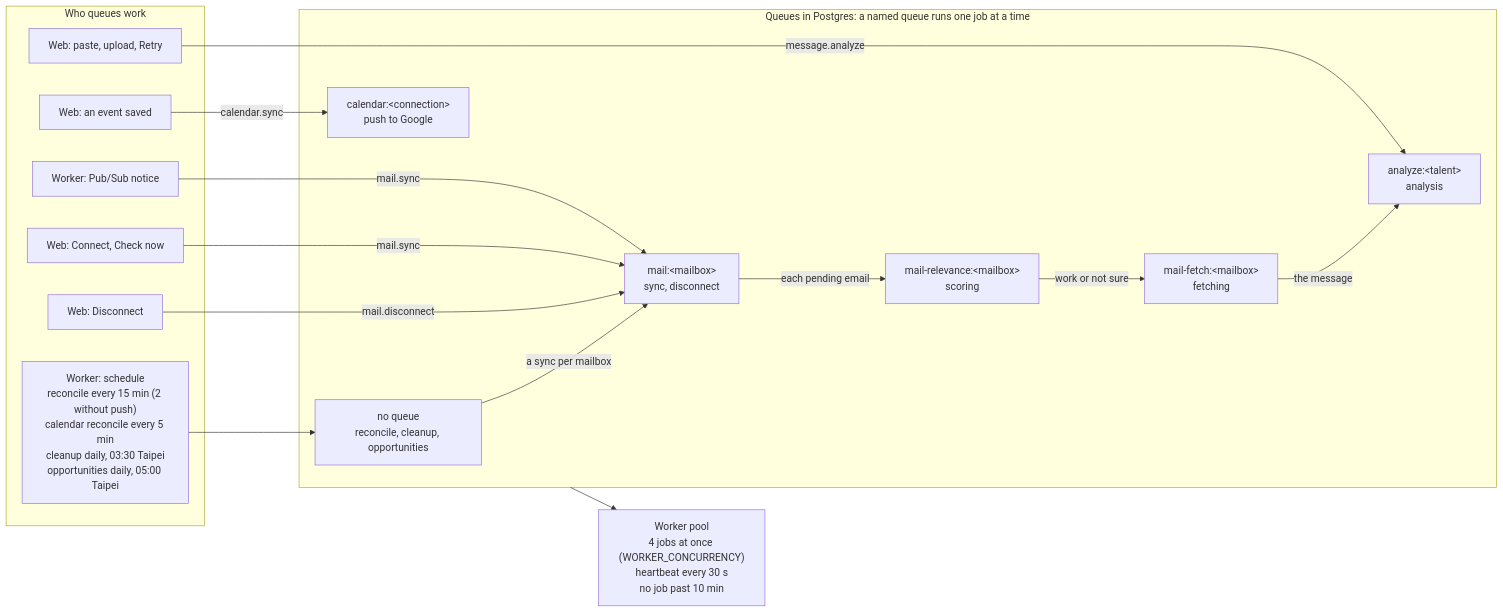
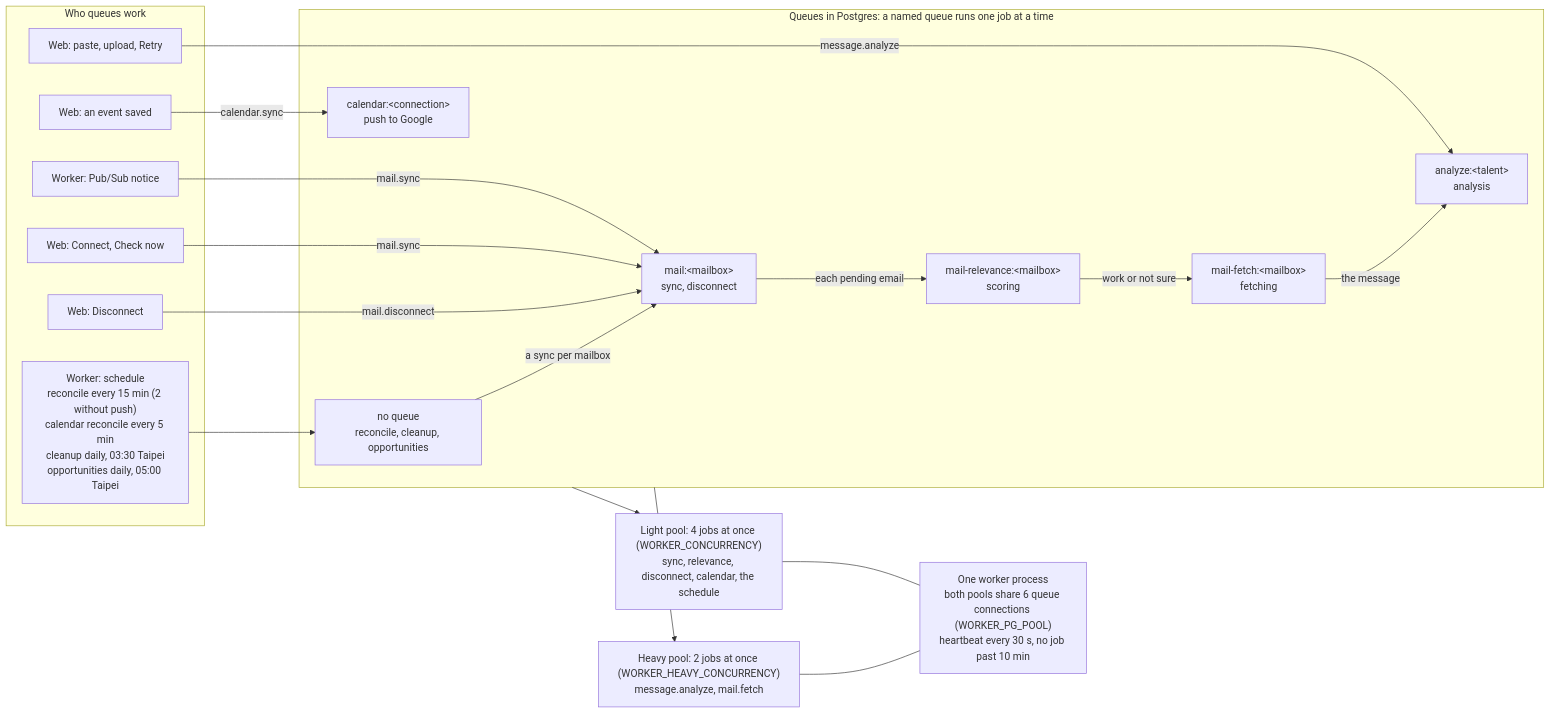
The fourth of 17 diagrams in docs/system-map.md (janiceyujie/talent_biz_os), drawn with Mermaid before and after one commit. The commit also changed other lines of this file, not shown here.

First line of the commit message:
docs: map the two worker pools, environments, deploys, and releases

````diff
--- a/docs/system-map.md
+++ b/docs/system-map.md
@@ -170,34 +171,37 @@
 ```mermaid
 flowchart LR
   subgraph Queues["Queues in Postgres: a named queue runs one job at a time"]
     QN["no queue<br/>reconcile, cleanup, opportunities"]
     QM["mail:&lt;mailbox&gt;<br/>sync, disconnect"]
     QR["mail-relevance:&lt;mailbox&gt;<br/>scoring"]
     QF["mail-fetch:&lt;mailbox&gt;<br/>fetching"]
     QA["analyze:&lt;talent&gt;<br/>analysis"]
     QC["calendar:&lt;connection&gt;<br/>push to Google"]
   end
 
   subgraph Producers["Who queues work"]
     C["Worker: schedule<br/>reconcile every 15 min (2 without push)<br/>calendar reconcile every 5 min<br/>cleanup daily, 03:30 Taipei<br/>opportunities daily, 05:00 Taipei"]
     P["Worker: Pub/Sub notice"]
     A2["Web: Connect, Check now"]
     A3["Web: Disconnect"]
     A1["Web: paste, upload, Retry"]
     A4["Web: an event saved"]
   end
 
   C --> QN
   P -->|mail.sync| QM
   A2 -->|mail.sync| QM
   A3 -->|mail.disconnect| QM
   A1 -->|message.analyze| QA
   A4 -->|calendar.sync| QC
 
   QN -->|a sync per mailbox| QM
   QM -->|each pending email| QR
   QR -->|work or not sure| QF
   QF -->|the message| QA
 
-  Queues --> WK["Worker pool<br/>4 jobs at once (WORKER_CONCURRENCY)<br/>heartbeat every 30 s<br/>no job past 10 min"]
+  Queues --> LP["Light pool: 4 jobs at once (WORKER_CONCURRENCY)<br/>sync, relevance, disconnect, calendar, the schedule"]
+  Queues --> HP["Heavy pool: 2 jobs at once (WORKER_HEAVY_CONCURRENCY)<br/>message.analyze, mail.fetch"]
+  LP --- WK["One worker process<br/>both pools share 6 queue connections (WORKER_PG_POOL)<br/>heartbeat every 30 s, no job past 10 min"]
+  HP --- WK
 ```
````
